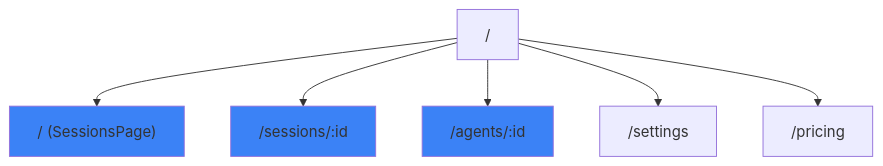
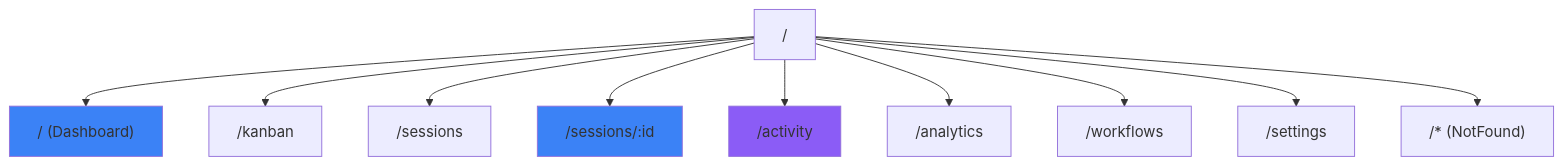
One commit to fadighattas100/Claude-Code-Agent-Monitor changed the eighth of 19 diagrams in client/README.md. Above: the diagram before and after it, drawn with Mermaid. The commit also changed other lines of this file and 11 other files, not shown here.

First line of the commit message:
feat(ui): rework activity feed row UX + update all docs

````diff
--- a/client/README.md
+++ b/client/README.md
@@ -411,19 +419,19 @@
 ```mermaid
 graph TB
     Root["/"]
-    Sessions["/ (SessionsPage)"]
+    Dashboard["/ (Dashboard)"]
+    Kanban["/kanban"]
+    Sessions["/sessions"]
     Detail["/sessions/:id"]
-    Agent["/agents/:id"]
+    Feed["/activity"]
+    Analytics["/analytics"]
+    Workflows["/workflows"]
     Settings["/settings"]
-    Pricing["/pricing"]
-    
-    Root --> Sessions
-    Root --> Detail
-    Root --> Agent
-    Root --> Settings
-    Root --> Pricing
-    
-    style Sessions fill:#3B82F6
+    NF["/* (NotFound)"]
+
+    Root --> Dashboard & Kanban & Sessions & Detail & Feed & Analytics & Workflows & Settings & NF
+
+    style Dashboard fill:#3B82F6
     style Detail fill:#3B82F6
-    style Agent fill:#3B82F6
+    style Feed fill:#8B5CF6
 ```
````
